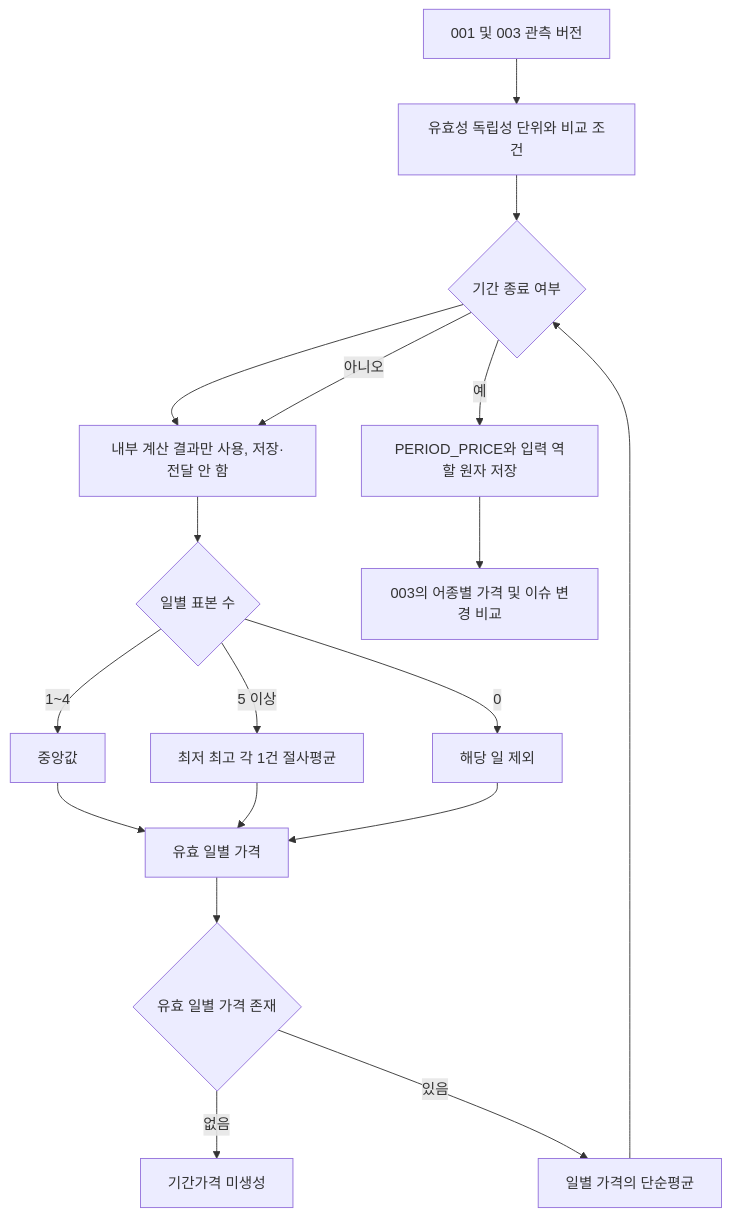
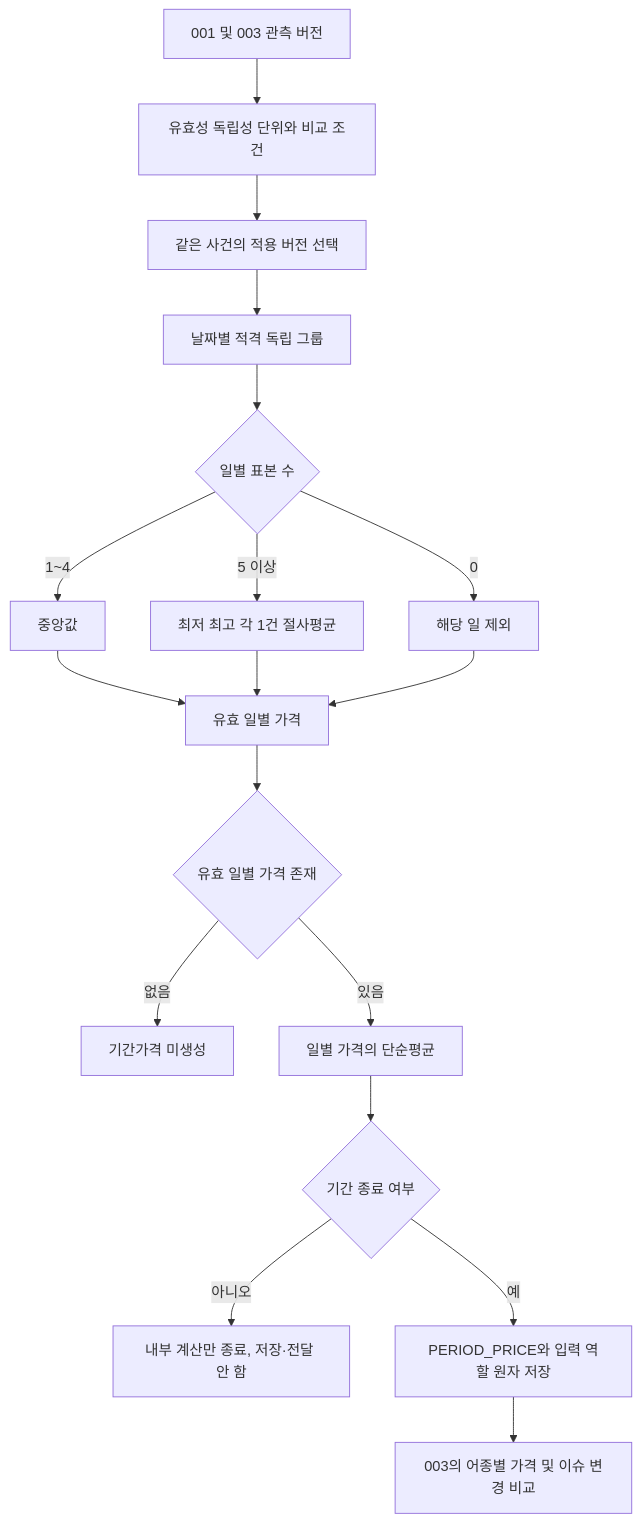
One commit to today-fish/today-fish-docs changed the diagram in MVP/architecture/backend/tech-spec/BE-TECH-SPEC-002-가격-데이터-모델링-및-산지-도매가격-산출.md. Above: the diagram before and after it, drawn with Mermaid. The commit also changed other lines of this file, not shown here.

Commit message:
docs: BE-TECH-SPEC-002 집계 흐름·예시 수정
- 기간 종료 분기 Mermaid 노드 ID 분리
- 기간 예시 관측 건수와 가중 계산값 명시

````diff
--- a/MVP/architecture/backend/tech-spec/BE-TECH-SPEC-002-가격-데이터-모델링-및-산지-도매가격-산출.md
+++ b/MVP/architecture/backend/tech-spec/BE-TECH-SPEC-002-가격-데이터-모델링-및-산지-도매가격-산출.md
@@ -131,20 +131,20 @@
 ```mermaid
 flowchart TD
     A[001 및 003 관측 버전] --> B[유효성 독립성 단위와 비교 조건]
     B --> C[같은 사건의 적용 버전 선택]
     C --> D[날짜별 적격 독립 그룹]
     D --> E{일별 표본 수}
     E -->|0| N[해당 일 제외]
     E -->|1~4| M[중앙값]
     E -->|5 이상| T[최저 최고 각 1건 절사평균]
     M --> L[유효 일별 가격]
     T --> L
     N --> L
     L --> P{유효 일별 가격 존재}
     P -->|없음| X[기간가격 미생성]
     P -->|있음| V[일별 가격의 단순평균]
-    V --> C{기간 종료 여부}
-    C -->|아니오| D[내부 계산 결과만 사용, 저장·전달 안 함]
-    C -->|예| S[PERIOD_PRICE와 입력 역할 원자 저장]
+    V --> PERIOD_COMPLETE{기간 종료 여부}
+    PERIOD_COMPLETE -->|아니오| INCOMPLETE_END[내부 계산만 종료, 저장·전달 안 함]
+    PERIOD_COMPLETE -->|예| S[PERIOD_PRICE와 입력 역할 원자 저장]
     S --> I[003의 어종별 가격 및 이슈 변경 비교]
 ```
````
